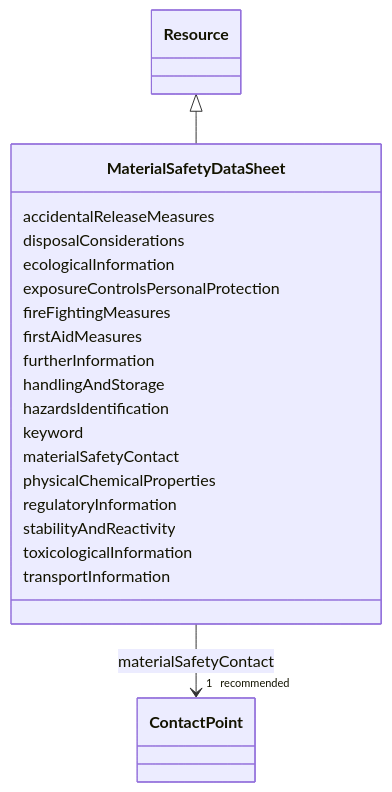
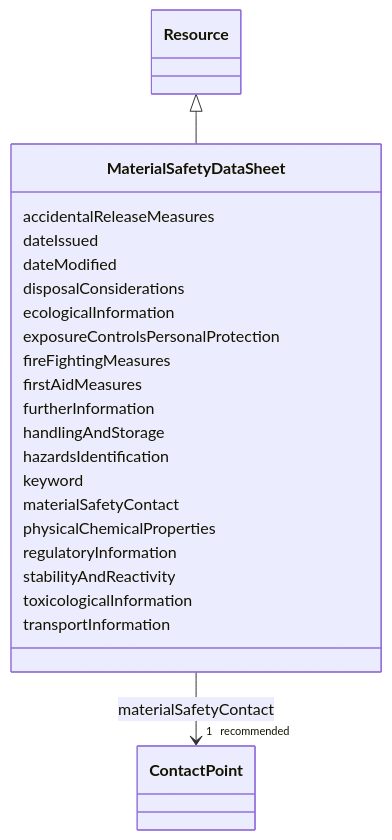
The diagram in models/docs/MaterialSafetyDataSheet.md (EVORA-project/evora-ontology), drawn with Mermaid before and after one commit. The commit also changed other lines of this file and 377 other files, not shown here.

````diff
--- a/models/docs/MaterialSafetyDataSheet.md
+++ b/models/docs/MaterialSafetyDataSheet.md
@@ -19,48 +19,52 @@
 ```mermaid
  classDiagram
     class MaterialSafetyDataSheet
     click MaterialSafetyDataSheet href "../MaterialSafetyDataSheet"
       Resource <|-- MaterialSafetyDataSheet
         click Resource href "../Resource"
       
       MaterialSafetyDataSheet : accidentalReleaseMeasures
+        
+      MaterialSafetyDataSheet : dateIssued
+        
+      MaterialSafetyDataSheet : dateModified
         
       MaterialSafetyDataSheet : disposalConsiderations
         
       MaterialSafetyDataSheet : ecologicalInformation
         
       MaterialSafetyDataSheet : exposureControlsPersonalProtection
         
       MaterialSafetyDataSheet : fireFightingMeasures
         
       MaterialSafetyDataSheet : firstAidMeasures
         
       MaterialSafetyDataSheet : furtherInformation
         
       MaterialSafetyDataSheet : handlingAndStorage
         
       MaterialSafetyDataSheet : hazardsIdentification
         
       MaterialSafetyDataSheet : keyword
         
       MaterialSafetyDataSheet : materialSafetyContact
         
           
     
     
     MaterialSafetyDataSheet --> "1 _recommended_" ContactPoint : materialSafetyContact
     click ContactPoint href "../ContactPoint"
 
         
       MaterialSafetyDataSheet : physicalChemicalProperties
         
       MaterialSafetyDataSheet : regulatoryInformation
         
       MaterialSafetyDataSheet : stabilityAndReactivity
         
       MaterialSafetyDataSheet : toxicologicalInformation
         
       MaterialSafetyDataSheet : transportInformation
         
       
 ```
````
